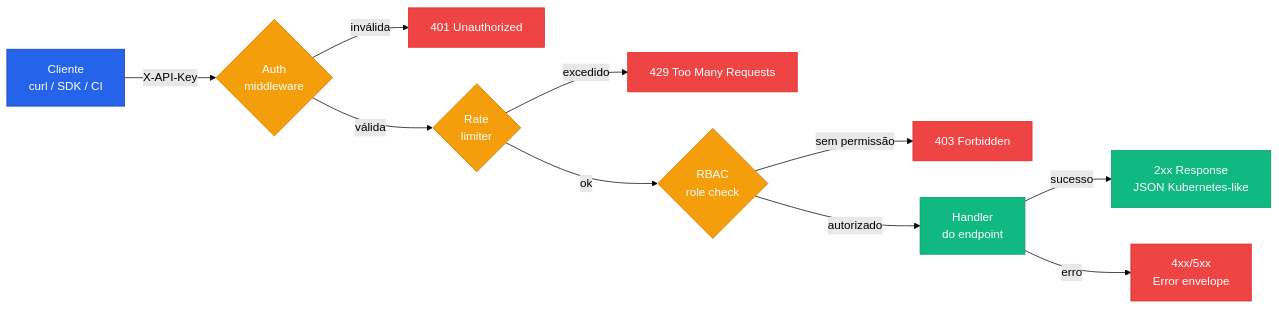
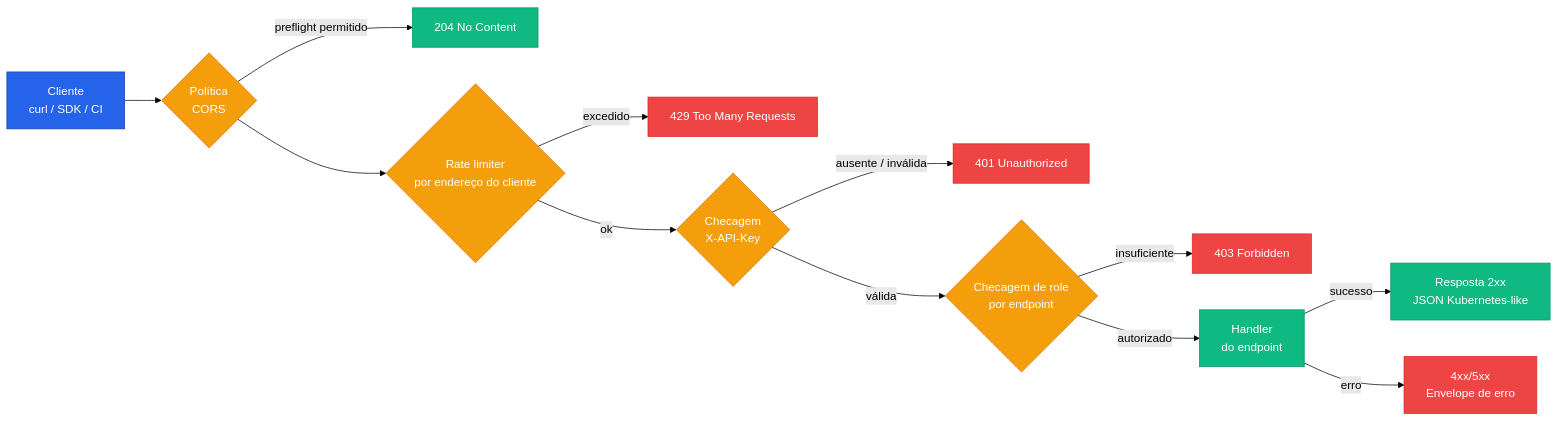
One commit to diillson/chatcli.ai changed the diagram in pt/reference/api/overview.mdx. Above: the diagram before and after it, drawn with Mermaid (forest theme). The commit also changed other lines of this file and 126 other files, not shown here.

````diff
--- a/pt/reference/api/overview.mdx
+++ b/pt/reference/api/overview.mdx
@@ -47,22 +58,24 @@
 ```mermaid
 flowchart LR
-  Client[Cliente<br/>curl / SDK / CI] -->|X-API-Key| Auth{Auth<br/>middleware}
-  Auth -->|inválida| E401[401 Unauthorized]
-  Auth -->|válida| Rate{Rate<br/>limiter}
+  Client[Cliente<br/>curl / SDK / CI] --> CORS{Política<br/>CORS}
+  CORS -->|preflight permitido| P204[204 No Content]
+  CORS --> Rate{Rate limiter<br/>por endereço do cliente}
   Rate -->|excedido| E429[429 Too Many Requests]
-  Rate -->|ok| RBAC{RBAC<br/>role check}
-  RBAC -->|sem permissão| E403[403 Forbidden]
+  Rate -->|ok| Auth{Checagem<br/>X-API-Key}
+  Auth -->|ausente / inválida| E401[401 Unauthorized]
+  Auth -->|válida| RBAC{Checagem de role<br/>por endpoint}
+  RBAC -->|insuficiente| E403[403 Forbidden]
   RBAC -->|autorizado| Handler[Handler<br/>do endpoint]
-  Handler -->|sucesso| Resp[2xx Response<br/>JSON Kubernetes-like]
-  Handler -->|erro| Err[4xx/5xx<br/>Error envelope]
+  Handler -->|sucesso| Resp[Resposta 2xx<br/>JSON Kubernetes-like]
+  Handler -->|erro| Err[4xx/5xx<br/>Envelope de erro]
 
   classDef ok fill:#10B981,stroke:#059669,color:#fff
   classDef err fill:#EF4444,stroke:#DC2626,color:#fff
   classDef gate fill:#F59E0B,stroke:#D97706,color:#fff
   classDef client fill:#2563EB,stroke:#1E40AF,color:#fff
 
   class Client client
-  class Auth,Rate,RBAC gate
-  class Resp,Handler ok
+  class CORS,Auth,Rate,RBAC gate
+  class Resp,Handler,P204 ok
   class E401,E429,E403,Err err
 ```
````
